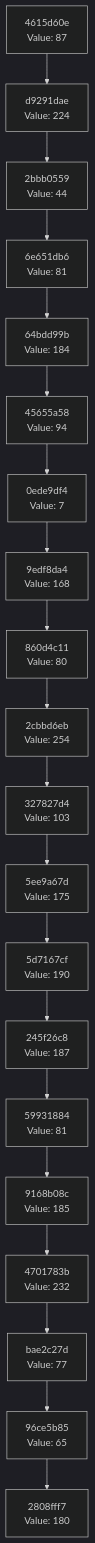
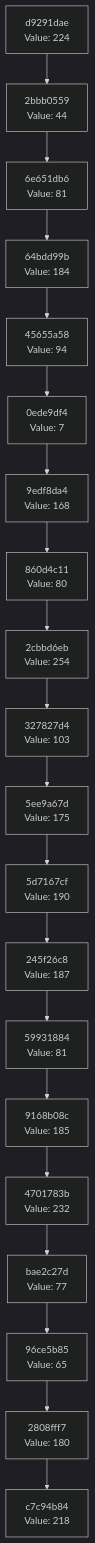
One commit to Abhisheksinha1506/hash-chain-evolver changed the diagram in docs/CHAIN_VISUALIZATION.md. Above: the diagram before and after it, drawn with Mermaid (dark theme). The commit also changed 3 other files, not shown here.

````diff
--- a/docs/CHAIN_VISUALIZATION.md
+++ b/docs/CHAIN_VISUALIZATION.md
@@ -3,42 +3,42 @@
 ```mermaid
 graph TD
-    C0["2808fff7<br/>Value: 180"]
-    C1["96ce5b85<br/>Value: 65"]
+    C0["c7c94b84<br/>Value: 218"]
+    C1["2808fff7<br/>Value: 180"]
     C1 --> C0
-    C2["bae2c27d<br/>Value: 77"]
+    C2["96ce5b85<br/>Value: 65"]
     C2 --> C1
-    C3["4701783b<br/>Value: 232"]
+    C3["bae2c27d<br/>Value: 77"]
     C3 --> C2
-    C4["9168b08c<br/>Value: 185"]
+    C4["4701783b<br/>Value: 232"]
     C4 --> C3
-    C5["59931884<br/>Value: 81"]
+    C5["9168b08c<br/>Value: 185"]
     C5 --> C4
-    C6["245f26c8<br/>Value: 187"]
+    C6["59931884<br/>Value: 81"]
     C6 --> C5
-    C7["5d7167cf<br/>Value: 190"]
+    C7["245f26c8<br/>Value: 187"]
     C7 --> C6
-    C8["5ee9a67d<br/>Value: 175"]
+    C8["5d7167cf<br/>Value: 190"]
     C8 --> C7
-    C9["327827d4<br/>Value: 103"]
+    C9["5ee9a67d<br/>Value: 175"]
     C9 --> C8
-    C10["2cbbd6eb<br/>Value: 254"]
+    C10["327827d4<br/>Value: 103"]
     C10 --> C9
-    C11["860d4c11<br/>Value: 80"]
+    C11["2cbbd6eb<br/>Value: 254"]
     C11 --> C10
-    C12["9edf8da4<br/>Value: 168"]
+    C12["860d4c11<br/>Value: 80"]
     C12 --> C11
-    C13["0ede9df4<br/>Value: 7"]
+    C13["9edf8da4<br/>Value: 168"]
     C13 --> C12
-    C14["45655a58<br/>Value: 94"]
+    C14["0ede9df4<br/>Value: 7"]
     C14 --> C13
-    C15["64bdd99b<br/>Value: 184"]
+    C15["45655a58<br/>Value: 94"]
     C15 --> C14
-    C16["6e651db6<br/>Value: 81"]
+    C16["64bdd99b<br/>Value: 184"]
     C16 --> C15
-    C17["2bbb0559<br/>Value: 44"]
+    C17["6e651db6<br/>Value: 81"]
     C17 --> C16
-    C18["d9291dae<br/>Value: 224"]
+    C18["2bbb0559<br/>Value: 44"]
     C18 --> C17
-    C19["4615d60e<br/>Value: 87"]
+    C19["d9291dae<br/>Value: 224"]
     C19 --> C18
 ```
````
